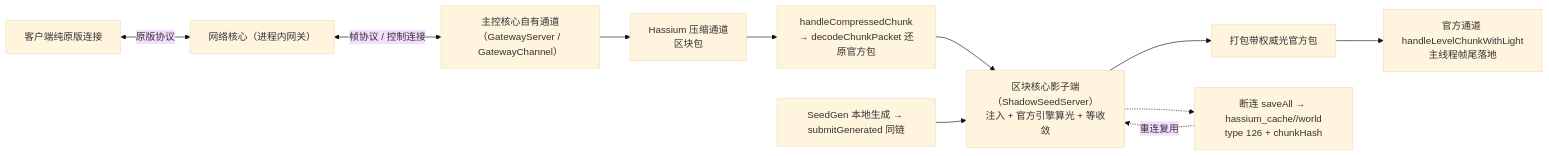
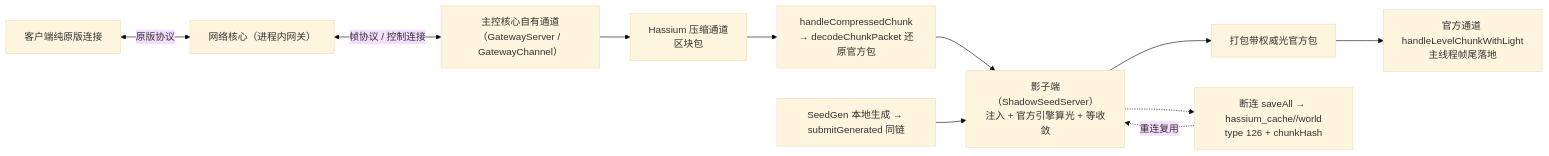
Before and after one commit to limuqy/Hassium: the diagram in README.md, drawn with Mermaid (base theme). The commit also changed other lines of this file and 10 other files, not shown here.

````diff
--- a/README.md
+++ b/README.md
@@ -125,20 +125,20 @@
 ```mermaid
 flowchart LR
     client["客户端纯原版连接"]
     gw["网络核心（进程内网关）"]
     mc["主控核心自有通道<br/>（GatewayServer / GatewayChannel）"]
     wire["Hassium 压缩通道<br/>区块包"]
     decode["handleCompressedChunk<br/>→ decodeChunkPacket 还原官方包"]
-    shadow["区块核心影子端（ShadowSeedServer）<br/>注入 + 官方引擎算光 + 等收敛"]
+    shadow["影子端（ShadowSeedServer）<br/>注入 + 官方引擎算光 + 等收敛"]
     pack["打包带权威光官方包"]
     apply["官方通道 handleLevelChunkWithLight<br/>主线程帧尾落地"]
     save["断连 saveAll → hassium_cache/<serverId>/world<br/>type 126 + chunkHash"]
     regen["SeedGen 本地生成 → submitGenerated 同链"]
 
     client <-->|"原版协议"| gw
     gw <-->|"帧协议 / 控制连接"| mc
     mc --> wire --> decode --> shadow --> pack --> apply
     regen --> shadow
     shadow -.-> save
     save -.->|"重连复用"| shadow
 ```
````
